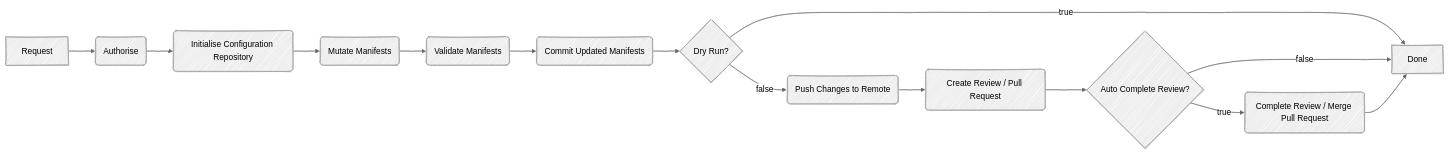
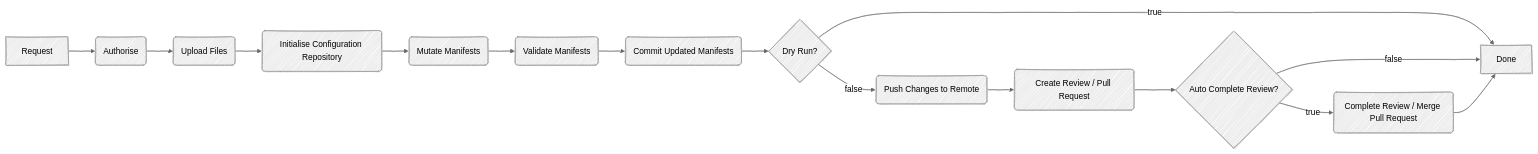
Before and after one commit to tvandinther/gitops-manager: the diagram in README.md, drawn with Mermaid (neutral theme). The commit also changed 4 other files, not shown here.

Commit message:
Change request flow

````diff
--- a/README.md
+++ b/README.md
@@ -5,22 +5,23 @@
 ```mermaid
 ---
 config:
   layout: dagre
   look: handDrawn
 ---
 flowchart LR
   REQ[Request] --> AUTHZ(Authorise)
-  AUTHZ --> INIT(Initialise Configuration Repository)
+  AUTHZ --> UPLOAD(Upload Files)
+  UPLOAD --> INIT(Initialise Configuration Repository)
   INIT --> MUT(Mutate Manifests)
   MUT --> VAL(Validate Manifests)
   VAL --> COM(Commit Updated Manifests)
   COM --> DR?{Dry Run?}
   DR? --true-->DONE
   DR? --false--> PUSH(Push Changes to Remote)
   PUSH --> CPR(Create Review / Pull Request)
   CPR --> AM?{Auto Complete Review?}
   AM? --true--> MPR(Complete Review / Merge Pull Request)
   AM? --false-->DONE
   MPR-->DONE
   DONE[Done]
 ```
````
